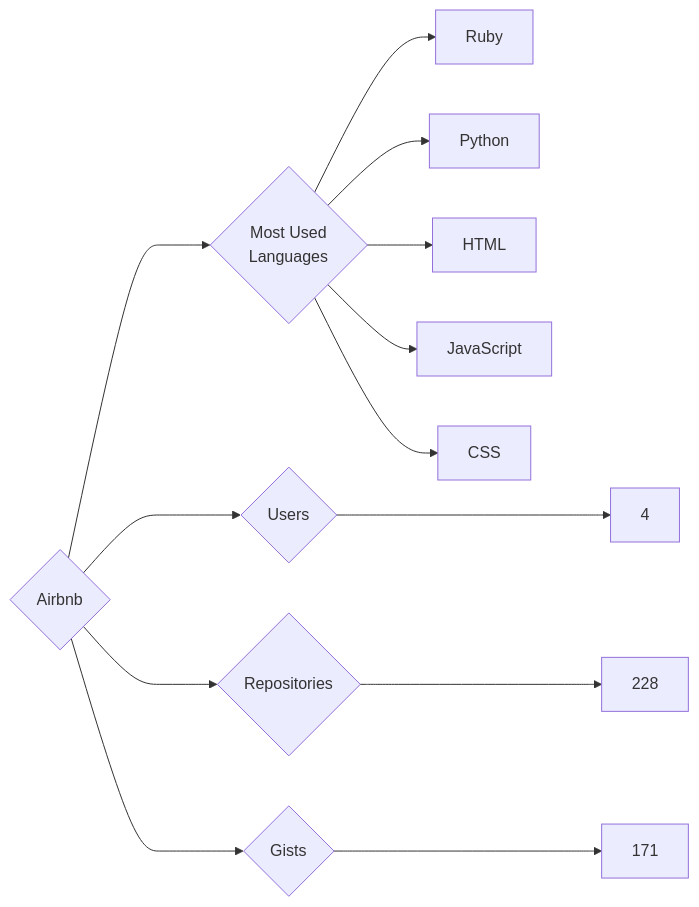
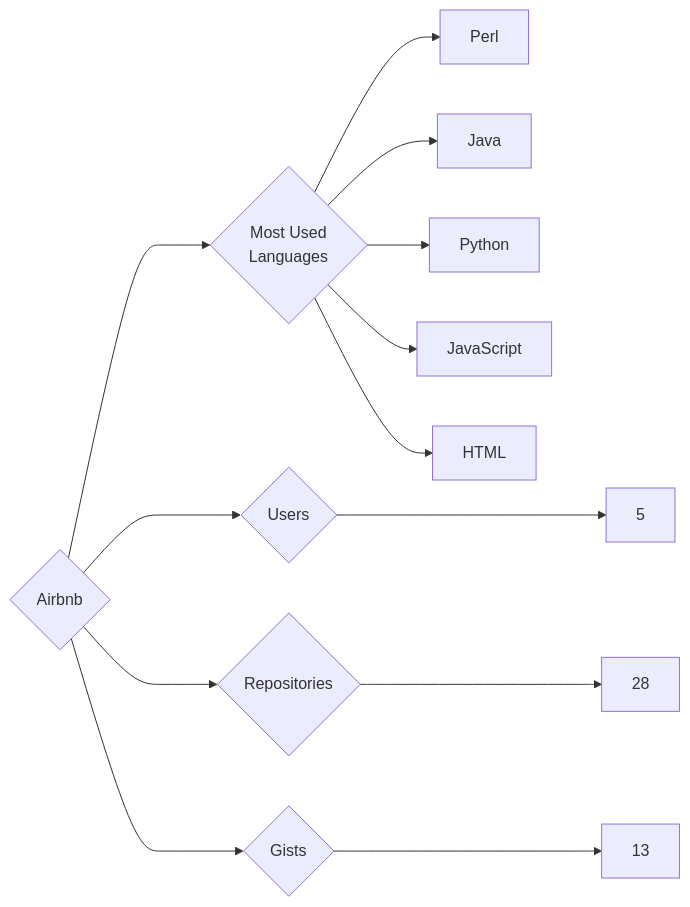
The diagram in targets/Airbnb/README.md (trickest/insiders), drawn with Mermaid before and after one commit. The commit also changed 815 other files, not shown here.

````diff
--- a/targets/Airbnb/README.md
+++ b/targets/Airbnb/README.md
@@ -3,13 +3,13 @@
 ```mermaid
 graph LR
 COMPANY_NAME{Airbnb}
-COMPANY_NAME ---> U{Users} ---> UN[4]
-COMPANY_NAME ---> R{Repositories} ---> RN[228]
-COMPANY_NAME ---> G{Gists} ---> GN[171]
+COMPANY_NAME ---> U{Users} ---> UN[5]
+COMPANY_NAME ---> R{Repositories} ---> RN[28]
+COMPANY_NAME ---> G{Gists} ---> GN[13]
 COMPANY_NAME ---> ML{Most Used<br>Languages}
-ML --> Ruby[Ruby]
+ML --> Perl[Perl]
+ML --> Java[Java]
 ML --> Python[Python]
+ML --> JavaScript[JavaScript]
 ML --> HTML[HTML]
-ML --> JavaScript[JavaScript]
-ML --> CSS[CSS]
 ```
````
